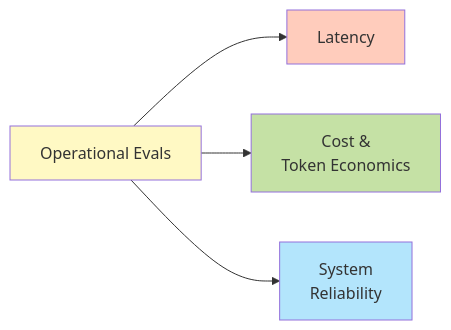
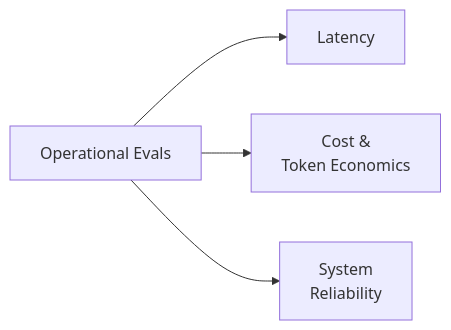
The fourth of 5 diagrams in README.md (srummanf/RAG-Eval-Suite-Using-DeepEval), drawn with Mermaid before and after one commit. The commit also changed other lines of this file, not shown here.

````diff
--- a/README.md
+++ b/README.md
@@ -1688,16 +1670,11 @@
 ```mermaid
 graph LR
     OPS["Operational Evals"]
     L["Latency"]
     C["Cost &<br/>Token Economics"]
     R["System<br/>Reliability"]
   
     OPS --> L
     OPS --> C
     OPS --> R
-  
-    style OPS fill:#fff9c4
-    style L fill:#ffccbc
-    style C fill:#c5e1a5
-    style R fill:#b3e5fc
 ```
````
